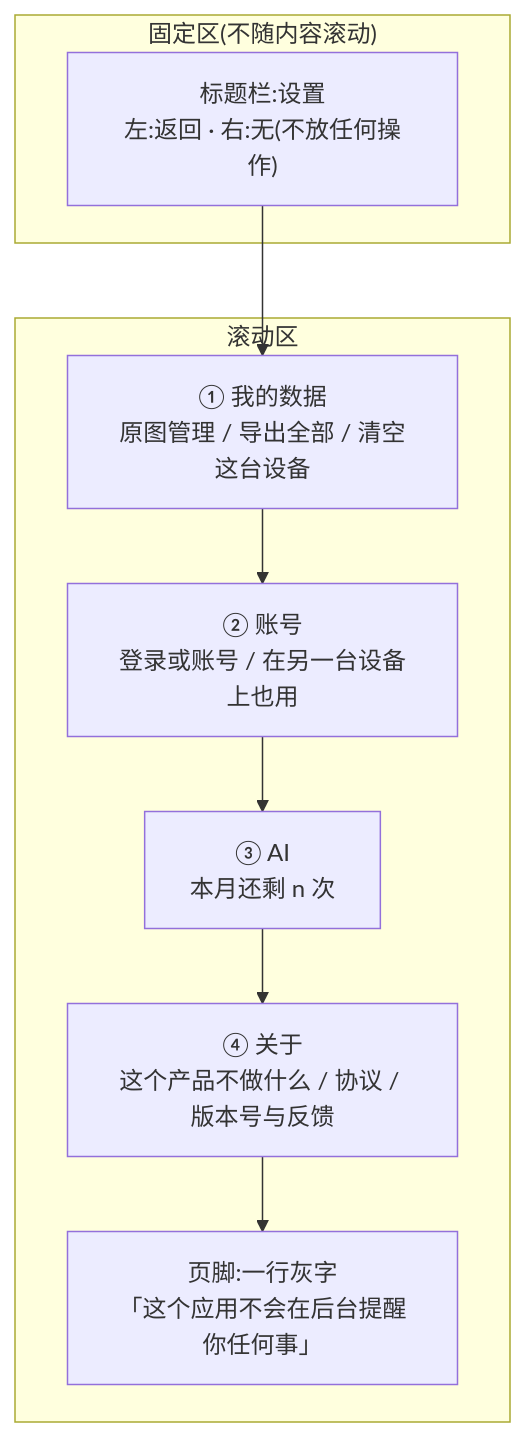
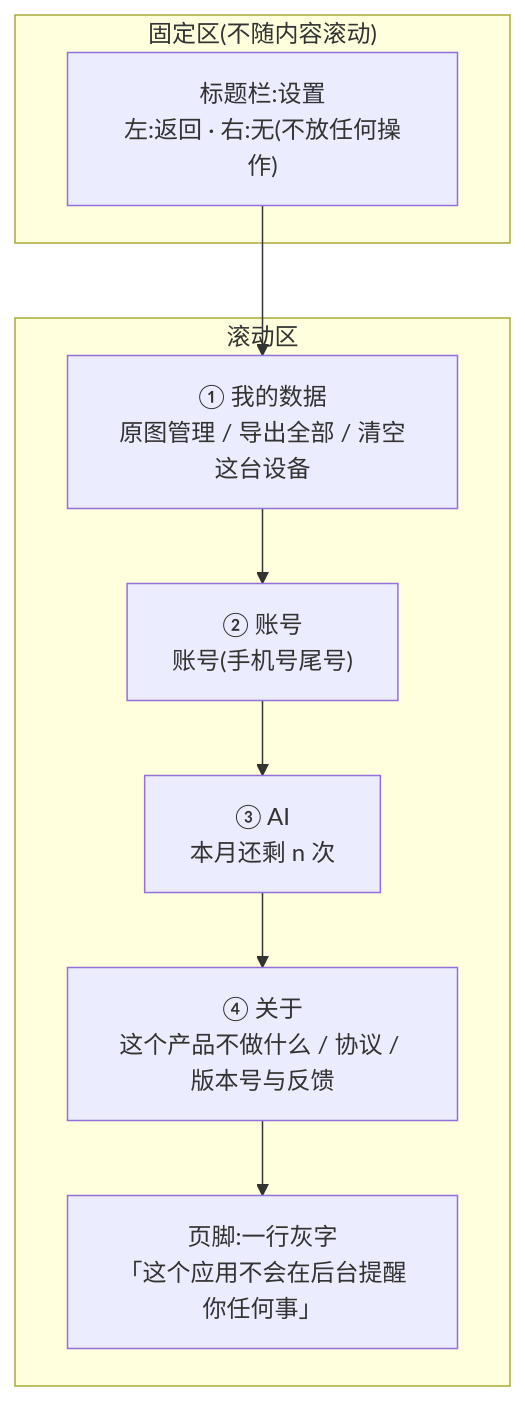
The first of 11 diagrams in docs/product/specs/设置与原图.md (chenyuanjin/kubic), drawn with Mermaid before and after one commit. The commit also changed other lines of this file and 15 other files, not shown here.

````diff
--- a/docs/product/specs/设置与原图.md
+++ b/docs/product/specs/设置与原图.md
@@ -59,14 +66,14 @@
 ```mermaid
 flowchart TD
     subgraph FIX["固定区(不随内容滚动)"]
         T["标题栏:设置<br/>左:返回 · 右:无(不放任何操作)"]
     end
     subgraph SCROLL["滚动区"]
         G1["① 我的数据<br/>原图管理 / 导出全部 / 清空这台设备"]
-        G2["② 账号<br/>登录或账号 / 在另一台设备上也用"]
+        G2["② 账号<br/>账号(手机号尾号)"]
         G3["③ AI<br/>本月还剩 n 次"]
         G4["④ 关于<br/>这个产品不做什么 / 协议 / 版本号与反馈"]
         F["页脚:一行灰字<br/>「这个应用不会在后台提醒你任何事」"]
     end
     T --> G1 --> G2 --> G3 --> G4 --> F
 ```
````
